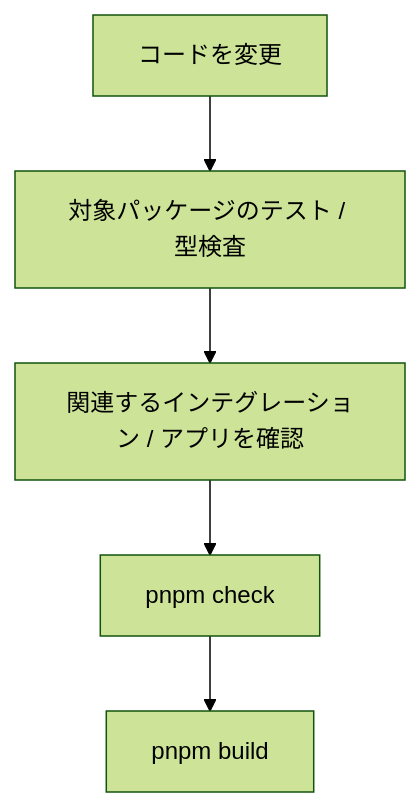
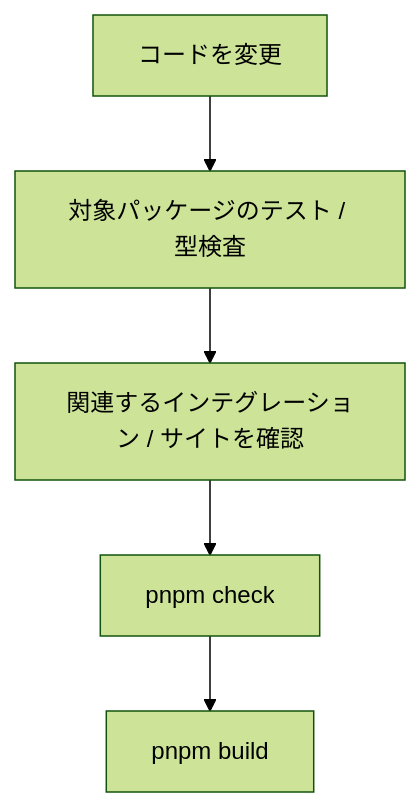
One commit to Rerurate514/riebeckite changed the first of 3 diagrams in docs/docs/framework/development/workflow.ja.md. Above: the diagram before and after it, drawn with Mermaid (forest theme). The commit also changed other lines of this file and 125 other files, not shown here.

````diff
--- a/docs/docs/framework/development/workflow.ja.md
+++ b/docs/docs/framework/development/workflow.ja.md
@@ -14,13 +14,13 @@
 ```mermaid id="jyhjau"
 flowchart TD
     Change["コードを変更"]
     Focus["対象パッケージのテスト / 型検査"]
-    Related["関連するインテグレーション / アプリを確認"]
+    Related["関連するインテグレーション / サイトを確認"]
     Check["pnpm check"]
     Build["pnpm build"]
 
     Change --> Focus
     Focus --> Related
     Related --> Check
     Check --> Build
 ```
````
